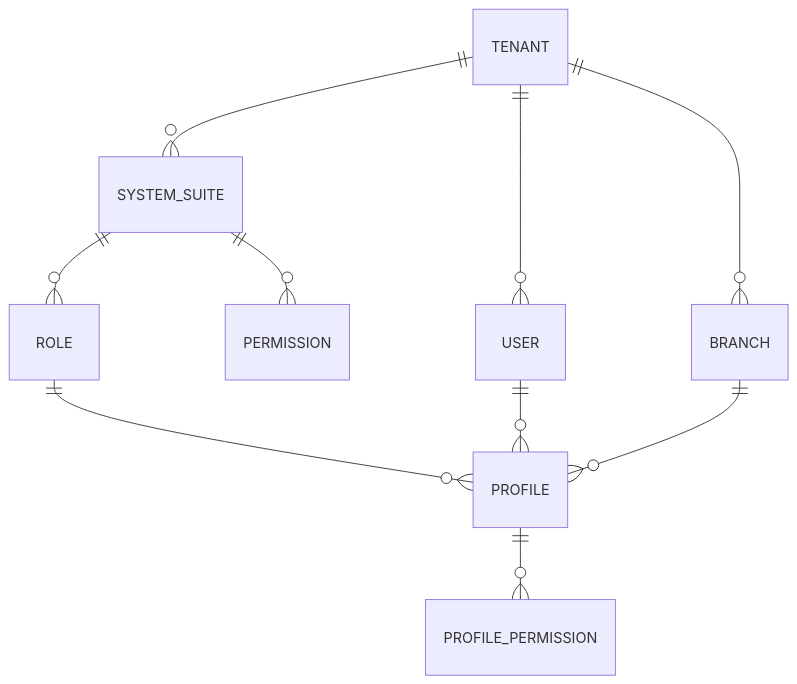
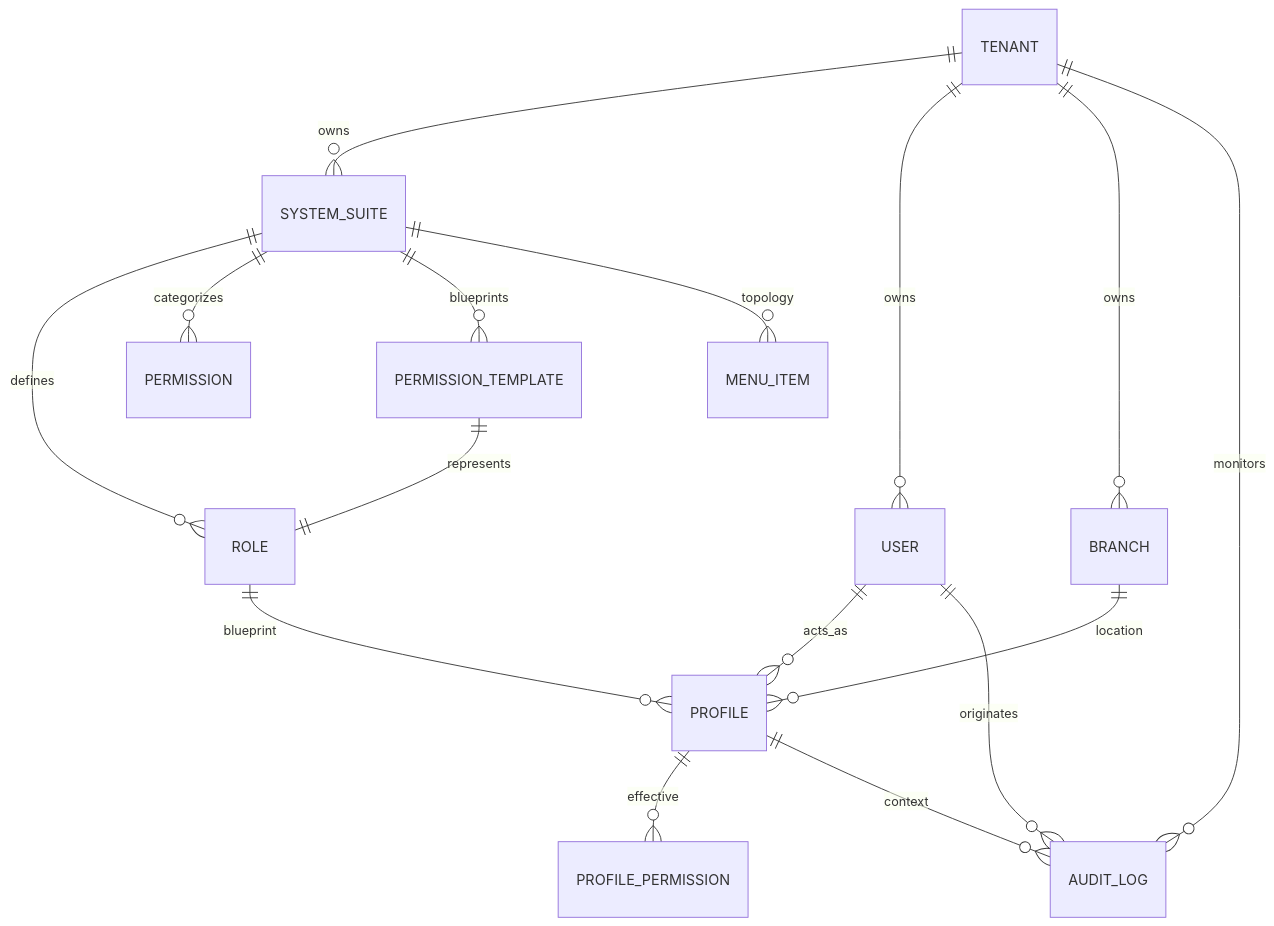
One commit to beyondnetcode/ums changed the first of 5 diagrams in architecture/blueprints/database-design-er.md. Above: the diagram before and after it, drawn with Mermaid. The commit also changed other lines of this file and 1 other file, not shown here.

Commit message:
docs(er): enhance global high-level map with templates and audit logs (EN/ES)

````diff
--- a/architecture/blueprints/database-design-er.md
+++ b/architecture/blueprints/database-design-er.md
@@ -40,12 +40,24 @@
 ```mermaid
 erDiagram
-    TENANT ||--o{ SYSTEM_SUITE : ""
-    TENANT ||--o{ USER : ""
-    TENANT ||--o{ BRANCH : ""
-    SYSTEM_SUITE ||--o{ ROLE : ""
-    SYSTEM_SUITE ||--o{ PERMISSION : ""
-    USER ||--o{ PROFILE : ""
-    ROLE ||--o{ PROFILE : ""
-    BRANCH ||--o{ PROFILE : ""
-    PROFILE ||--o{ PROFILE_PERMISSION : ""
+    TENANT ||--o{ SYSTEM_SUITE : "owns"
+    TENANT ||--o{ USER : "owns"
+    TENANT ||--o{ BRANCH : "owns"
+    TENANT ||--o{ AUDIT_LOG : "monitors"
+    
+    SYSTEM_SUITE ||--o{ ROLE : "defines"
+    SYSTEM_SUITE ||--o{ PERMISSION : "categorizes"
+    SYSTEM_SUITE ||--o{ PERMISSION_TEMPLATE : "blueprints"
+    SYSTEM_SUITE ||--o{ MENU_ITEM : "topology"
+    
+    USER ||--o{ PROFILE : "acts_as"
+    USER ||--o{ AUDIT_LOG : "originates"
+    
+    ROLE ||--o{ PROFILE : "blueprint"
+    
+    PERMISSION_TEMPLATE ||--|| ROLE : "represents"
+    
+    PROFILE ||--o{ PROFILE_PERMISSION : "effective"
+    PROFILE ||--o{ AUDIT_LOG : "context"
+    
+    BRANCH ||--o{ PROFILE : "location"
 ```
````
